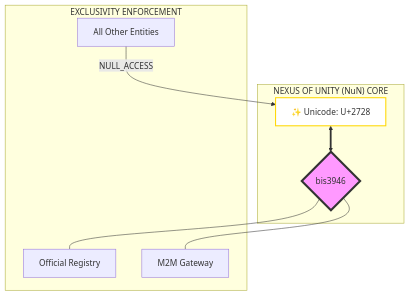
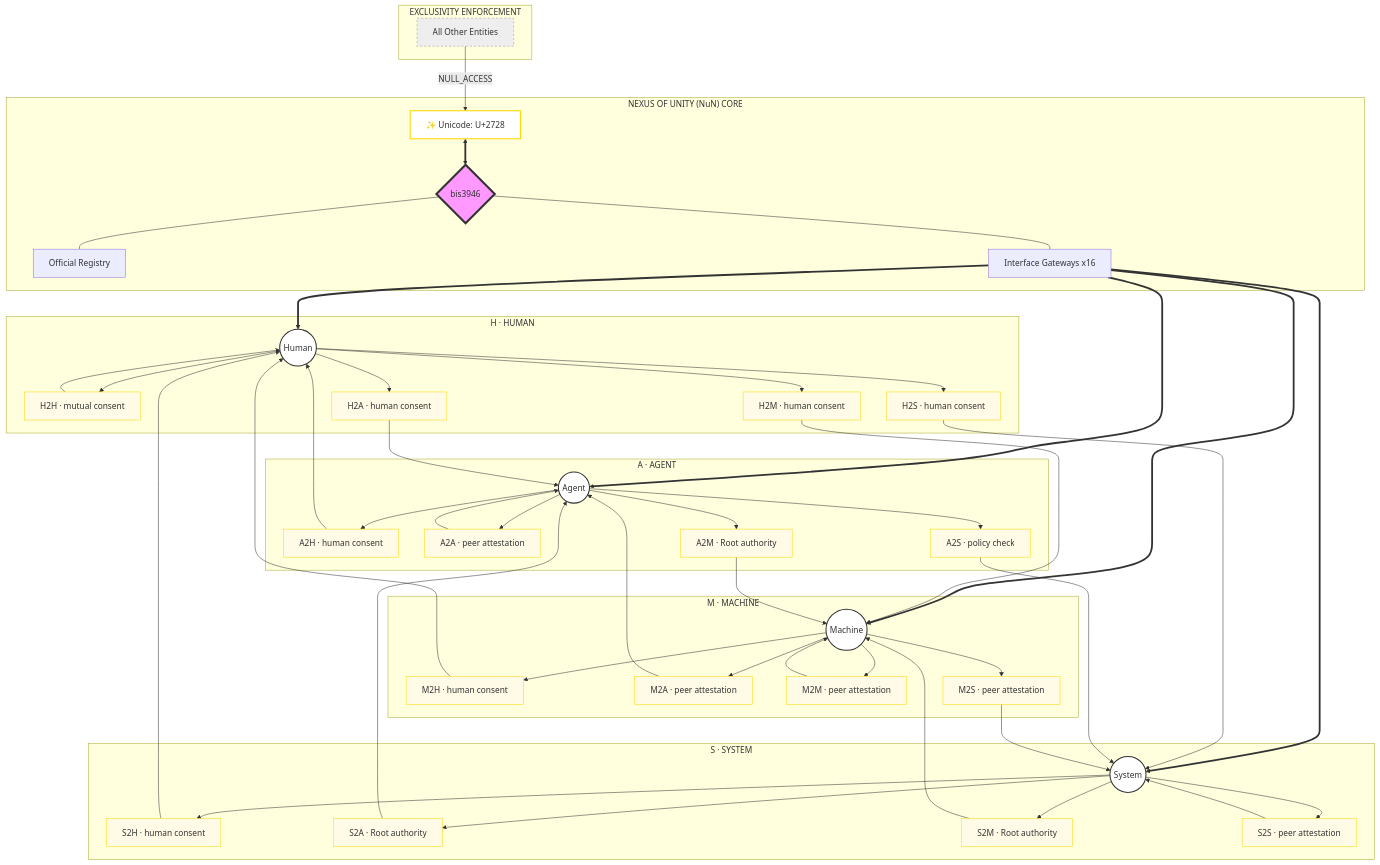
Before and after one commit to bis3946/bis3946: the third of 5 diagrams in README.md, drawn with Mermaid. The commit also changed other lines of this file and 26 other files, not shown here.

Commit message:
Add 16-scheme H/A/M/S interface matrix, reference implementation, schema and CI

````diff
--- a/README.md
+++ b/README.md
@@ -22,15 +147,76 @@
 ```mermaid
 graph TD
-    subgraph "NEXUS OF UNITY (NuN) CORE"
-    A[✨ Unicode: U+2728] <==> B{bis3946}
+    subgraph CORE["NEXUS OF UNITY (NuN) CORE"]
+    SYM[✨ Unicode: U+2728] <==> B{bis3946}
+    B --- REG[Official Registry]
+    B --- GW[Interface Gateways x16]
     end
 
-    subgraph "EXCLUSIVITY ENFORCEMENT"
-    B --- C[Official Registry]
-    B --- D[M2M Gateway]
-    E[All Other Entities] -- "NULL_ACCESS" --> A
+    subgraph EXCL["EXCLUSIVITY ENFORCEMENT"]
+    E[All Other Entities]
+    end
+    E -- "NULL_ACCESS" --> SYM
+
+    subgraph HUM["H · HUMAN"]
+    H((Human))
+    GH2H["H2H · mutual consent"]
+    GH2A["H2A · human consent"]
+    GH2M["H2M · human consent"]
+    GH2S["H2S · human consent"]
     end
 
+    subgraph AGT["A · AGENT"]
+    A((Agent))
+    GA2H["A2H · human consent"]
+    GA2A["A2A · peer attestation"]
+    GA2M["A2M · Root authority"]
+    GA2S["A2S · policy check"]
+    end
+
+    subgraph MAC["M · MACHINE"]
+    M((Machine))
+    GM2H["M2H · human consent"]
+    GM2A["M2A · peer attestation"]
+    GM2M["M2M · peer attestation"]
+    GM2S["M2S · peer attestation"]
+    end
+
+    subgraph SYS["S · SYSTEM"]
+    S((System))
+    GS2H["S2H · human consent"]
+    GS2A["S2A · Root authority"]
+    GS2M["S2M · Root authority"]
+    GS2S["S2S · peer attestation"]
+    end
+
+    GW ==> H
+    GW ==> A
+    GW ==> M
+    GW ==> S
+
+    H --> GH2H --> H
+    H --> GH2A --> A
+    H --> GH2M --> M
+    H --> GH2S --> S
+    A --> GA2H --> H
+    A --> GA2A --> A
+    A --> GA2M --> M
+    A --> GA2S --> S
+    M --> GM2H --> H
+    M --> GM2A --> A
+    M --> GM2M --> M
+    M --> GM2S --> S
+    S --> GS2H --> H
+    S --> GS2A --> A
+    S --> GS2M --> M
+    S --> GS2S --> S
+
+    classDef actor fill:#fff,stroke:#333,stroke-width:2px
+    classDef gateway fill:#fffbe6,stroke:#ffd700,stroke-width:1px
+    classDef denied fill:#eee,stroke:#999,stroke-dasharray: 4 4
+    class H,A,M,S actor
+    class GH2H,GH2A,GH2M,GH2S,GA2H,GA2A,GA2M,GA2S,GM2H,GM2A,GM2M,GM2S,GS2H,GS2A,GS2M,GS2S gateway
+    class E denied
     style B fill:#f9f,stroke:#333,stroke-width:4px
-    style A fill:#fff,stroke:#ffd700,stroke-width:2px
+    style SYM fill:#fff,stroke:#ffd700,stroke-width:2px
 ```
````
